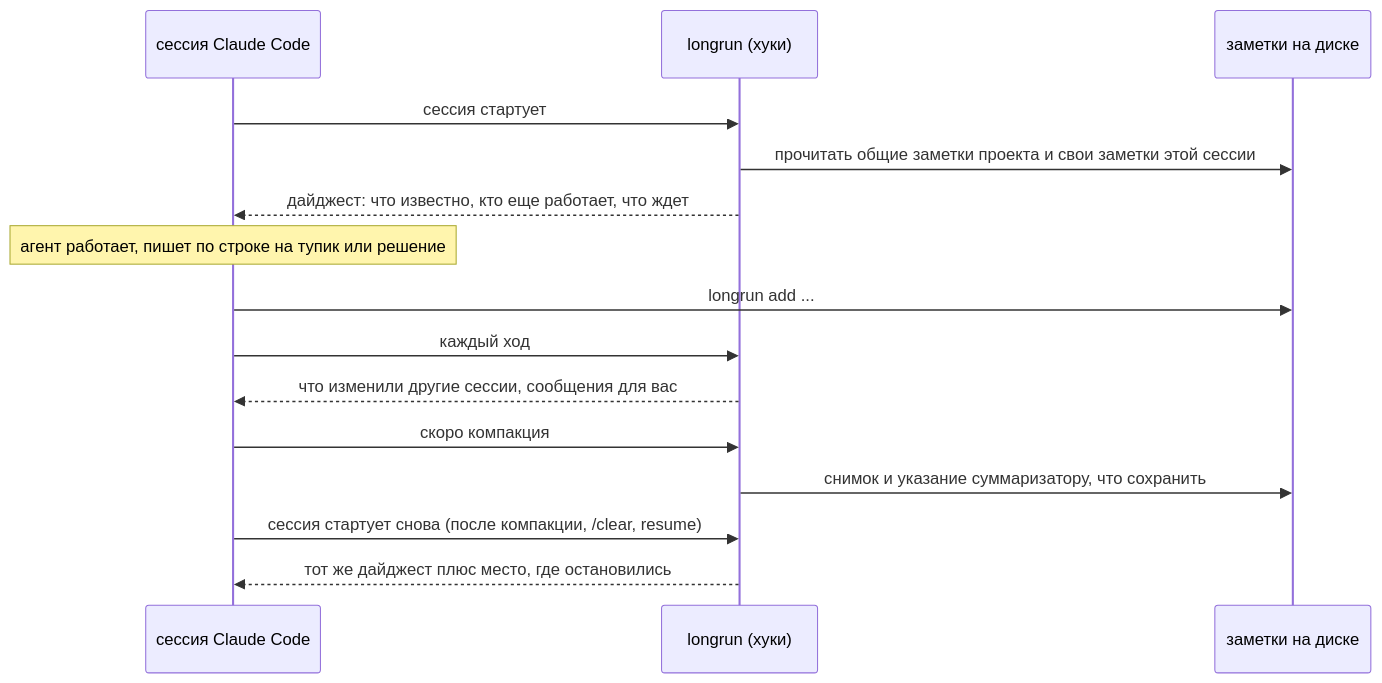
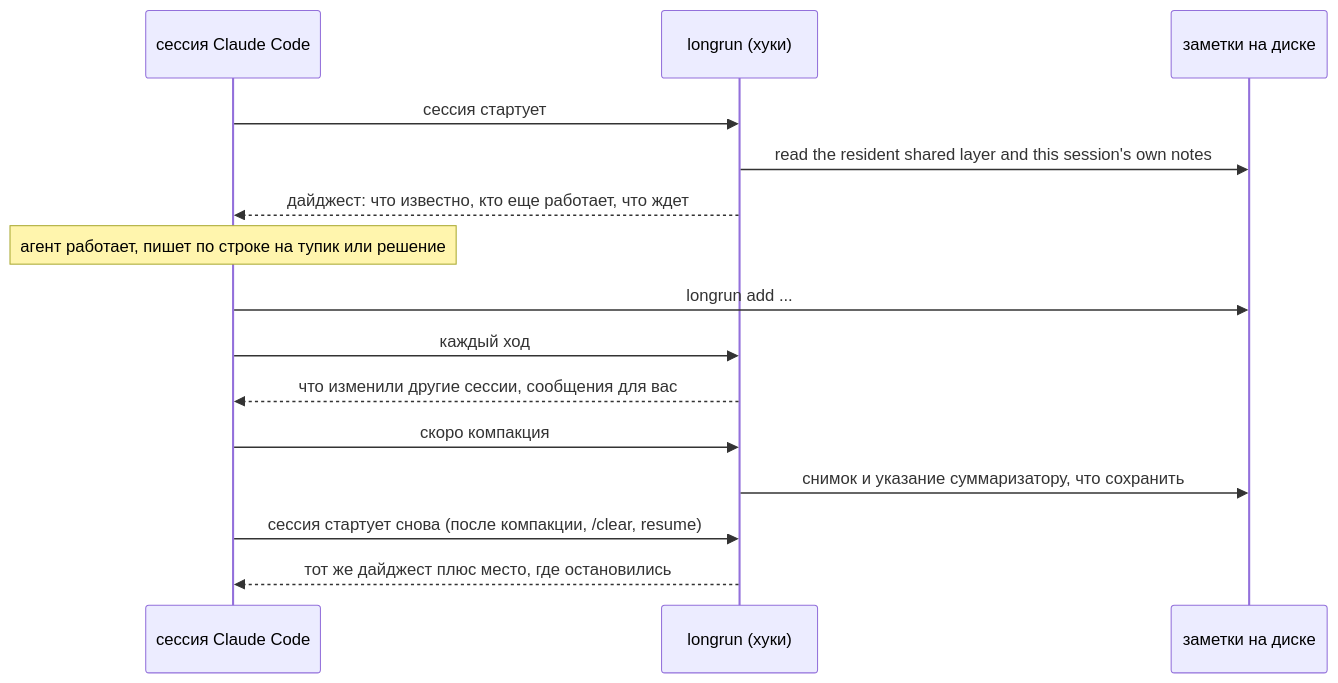
One commit to krllx/longrun changed the diagram in README.ru.md. Above: the diagram before and after it, drawn with Mermaid. The commit also changed other lines of this file and 22 other files, not shown here.

````diff
--- a/README.ru.md
+++ b/README.ru.md
@@ -191,17 +193,17 @@
 ```mermaid
 sequenceDiagram
     participant S as сессия Claude Code
     participant L as longrun (хуки)
     participant D as заметки на диске
     S->>L: сессия стартует
-    L->>D: прочитать общие заметки проекта и свои заметки этой сессии
+    L->>D: read the resident shared layer and this session's own notes
     L-->>S: дайджест: что известно, кто еще работает, что ждет
     Note over S: агент работает, пишет по строке на тупик или решение
     S->>D: longrun add ...
     S->>L: каждый ход
     L-->>S: что изменили другие сессии, сообщения для вас
     S->>L: скоро компакция
     L->>D: снимок и указание суммаризатору, что сохранить
     S->>L: сессия стартует снова (после компакции, /clear, resume)
     L-->>S: тот же дайджест плюс место, где остановились
 ```
````
